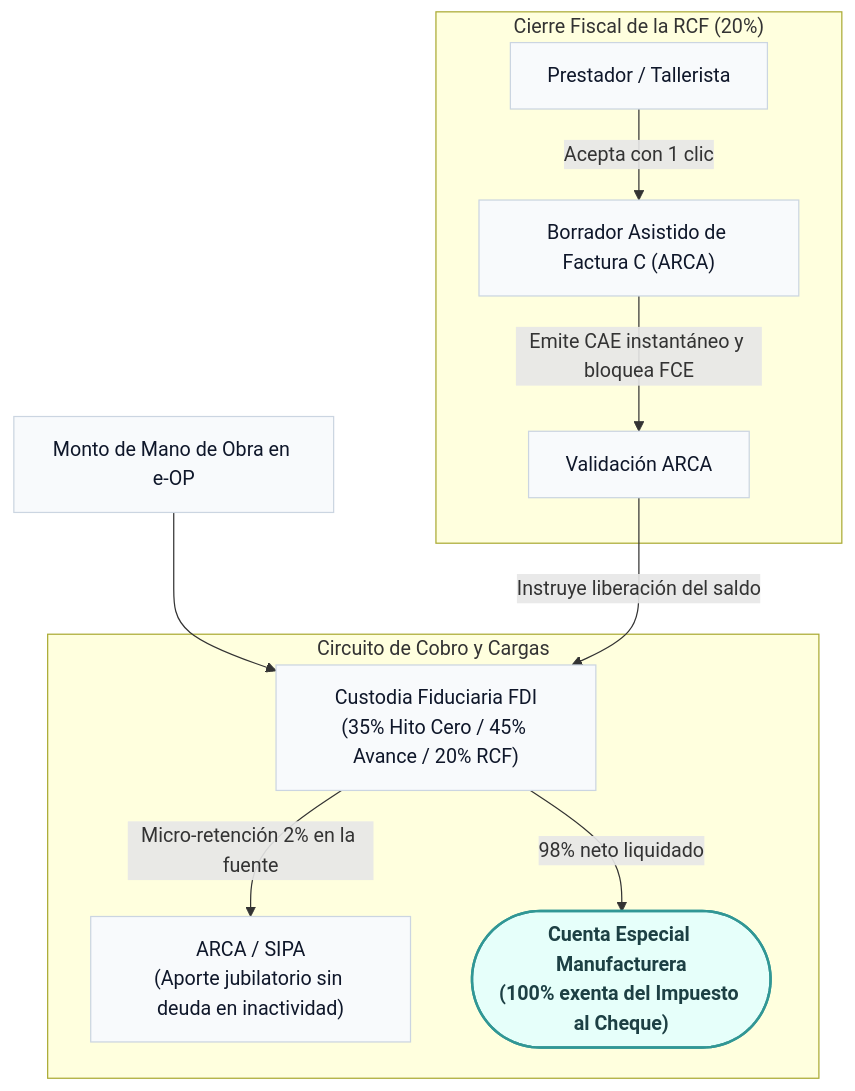
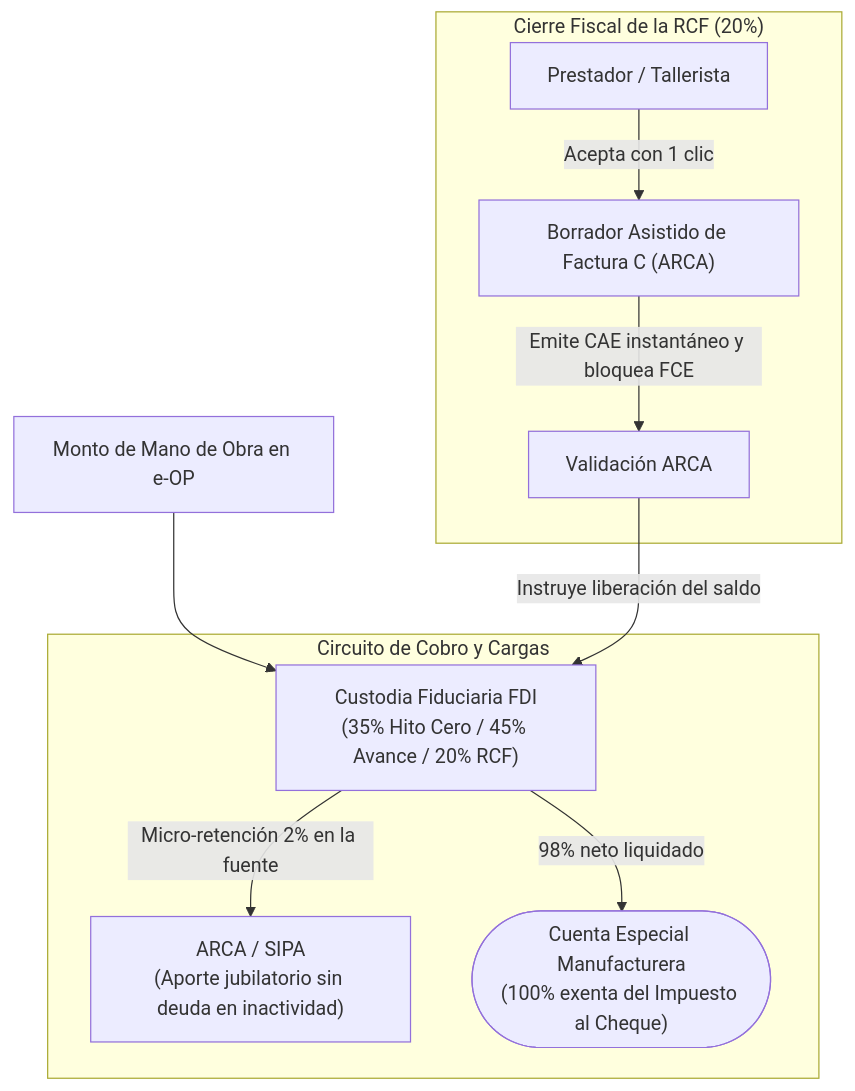
The second of 2 diagrams in docs/md/dossier_fimca_addenda1.md (sarthouse/indinopy), drawn with Mermaid before and after one commit. The commit also changed other lines of this file and 16 other files, not shown here.

````diff
--- a/docs/md/dossier_fimca_addenda1.md
+++ b/docs/md/dossier_fimca_addenda1.md
@@ -412,19 +408,15 @@
 ```mermaid
 flowchart TD
     M["Monto de Mano de Obra en e-OP"] --> FDI["Custodia Fiduciaria FDI<br/>(35% Hito Cero / 45% Avance / 20% RCF)"]
 
     subgraph LIQ["Circuito de Cobro y Cargas"]
         FDI -->|"Micro-retención 2% en la fuente"| SIPA["ARCA / SIPA<br/>(Aporte jubilatorio sin deuda en inactividad)"]
         FDI -->|"98% neto liquidado"| CUENTA(["Cuenta Especial Manufacturera<br/>(100% exenta del Impuesto al Cheque)"])
     end
 
     subgraph CIERRE["Cierre Fiscal de la RCF (20%)"]
         TALLER["Prestador / Tallerista"] -->|"Acepta con 1 clic"| BORRADOR["Borrador Asistido de Factura C (ARCA)"]
         BORRADOR -->|"Emite CAE instantáneo y bloquea FCE"| ARCA_VAL["Validación ARCA"]
         ARCA_VAL -->|"Instruye liberación del saldo"| FDI
     end
-
-    classDef default fill:#F8FAFC,stroke:#CBD5E1,stroke-width:1px,color:#0F172A;
-    classDef target fill:#E6FFFA,stroke:#319795,stroke-width:2px,color:#1D4044,font-weight:bold;
-    class CUENTA target;
 ```
````
